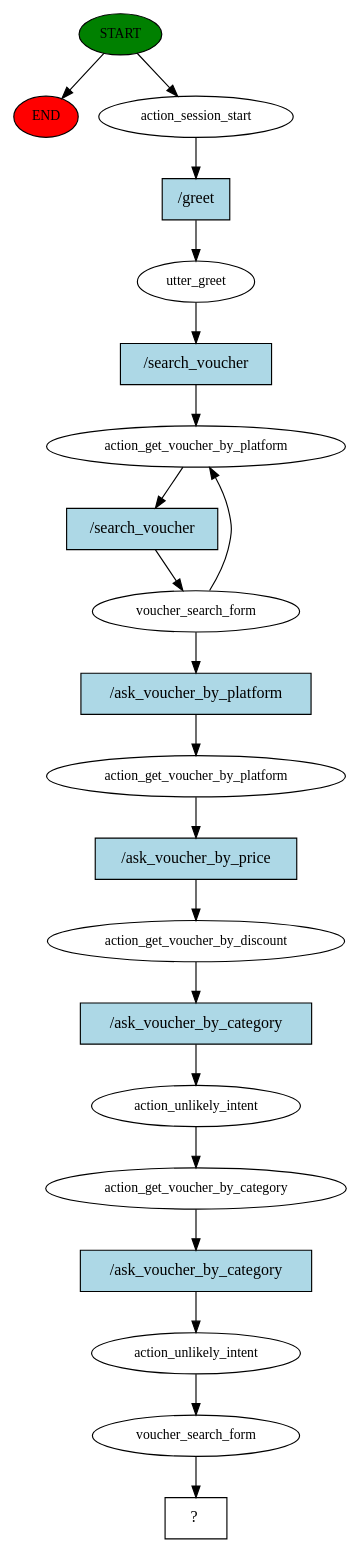
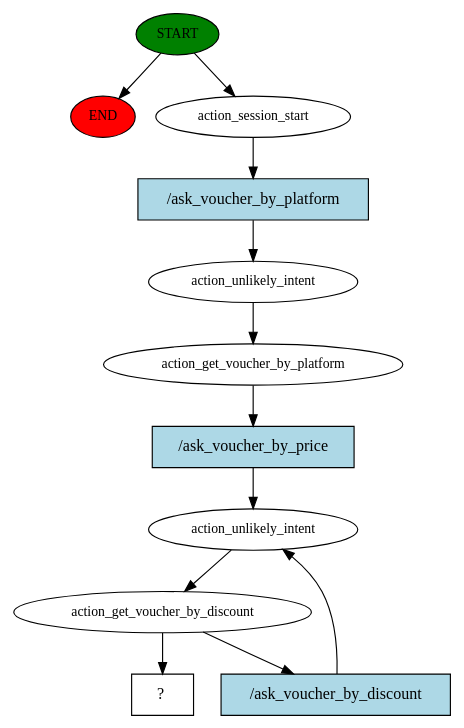
One commit to julynguyen247/voucher-exchange-web-reactjs-expressjs changed the diagram in chatbot/story_graph.dot. Above: the diagram before and after it, drawn with Graphviz. The commit also changed 9 other files, not shown here.

```diff
--- a/chatbot/story_graph.dot
+++ b/chatbot/story_graph.dot
@@ -1,42 +1,24 @@
 digraph  {
 0 [class="start active", fillcolor=green, fontsize=12, label=START, style=filled];
 "-1" [class=end, fillcolor=red, fontsize=12, label=END, style=filled];
 1 [class=active, fontsize=12, label=action_session_start];
-2 [class=active, fontsize=12, label=utter_greet];
+2 [class=active, fontsize=12, label=action_unlikely_intent];
 3 [class=active, fontsize=12, label=action_get_voucher_by_platform];
-4 [class=active, fontsize=12, label=voucher_search_form];
-7 [class=active, fontsize=12, label=action_get_voucher_by_platform];
-8 [class=active, fontsize=12, label=action_get_voucher_by_discount];
-9 [class=active, fontsize=12, label=action_unlikely_intent];
-10 [class=active, fontsize=12, label=action_get_voucher_by_category];
-11 [class=active, fontsize=12, label=action_unlikely_intent];
-12 [class=active, fontsize=12, label=voucher_search_form];
-13 [class="intent dashed active", label="  ?  ", shape=rect];
-14 [class="intent active", fillcolor=lightblue, label="/greet", shape=rect, style=filled];
-15 [class="intent active", fillcolor=lightblue, label="/search_voucher", shape=rect, style=filled];
-16 [class="intent active", fillcolor=lightblue, label="/search_voucher", shape=rect, style=filled];
-17 [class="intent active", fillcolor=lightblue, label="/ask_voucher_by_platform", shape=rect, style=filled];
-18 [class="intent active", fillcolor=lightblue, label="/ask_voucher_by_price", shape=rect, style=filled];
-19 [class="intent active", fillcolor=lightblue, label="/ask_voucher_by_category", shape=rect, style=filled];
-20 [class="intent active", fillcolor=lightblue, label="/ask_voucher_by_category", shape=rect, style=filled];
+4 [class=active, fontsize=12, label=action_unlikely_intent];
+5 [class=active, fontsize=12, label=action_get_voucher_by_discount];
+8 [class="intent dashed active", label="  ?  ", shape=rect];
+9 [class="intent active", fillcolor=lightblue, label="/ask_voucher_by_platform", shape=rect, style=filled];
+10 [class="intent active", fillcolor=lightblue, label="/ask_voucher_by_price", shape=rect, style=filled];
+11 [class="intent active", fillcolor=lightblue, label="/ask_voucher_by_discount", shape=rect, style=filled];
 0 -> "-1"  [class="", key=NONE, label=""];
 0 -> 1  [class=active, key=NONE, label=""];
-1 -> 14  [class=active, key=0];
-2 -> 15  [class=active, key=0];
-3 -> 16  [class=active, key=0];
-4 -> 3  [class=active, key=NONE, label=""];
-4 -> 17  [class=active, key=0];
-7 -> 18  [class=active, key=0];
-8 -> 19  [class=active, key=0];
-9 -> 10  [class=active, key=NONE, label=""];
-10 -> 20  [class=active, key=0];
-11 -> 12  [class=active, key=NONE, label=""];
-12 -> 13  [class=active, key=NONE, label=""];
-14 -> 2  [class=active, key=0];
-15 -> 3  [class=active, key=0];
-16 -> 4  [class=active, key=0];
-17 -> 7  [class=active, key=0];
-18 -> 8  [class=active, key=0];
-19 -> 9  [class=active, key=0];
-20 -> 11  [class=active, key=0];
+1 -> 9  [class=active, key=0];
+2 -> 3  [class=active, key=NONE, label=""];
+3 -> 10  [class=active, key=0];
+4 -> 5  [class=active, key=NONE, label=""];
+5 -> 8  [class=active, key=NONE, label=""];
+5 -> 11  [class=active, key=0];
+9 -> 2  [class=active, key=0];
+10 -> 4  [class=active, key=0];
+11 -> 4  [class=active, key=0];
 }
```
